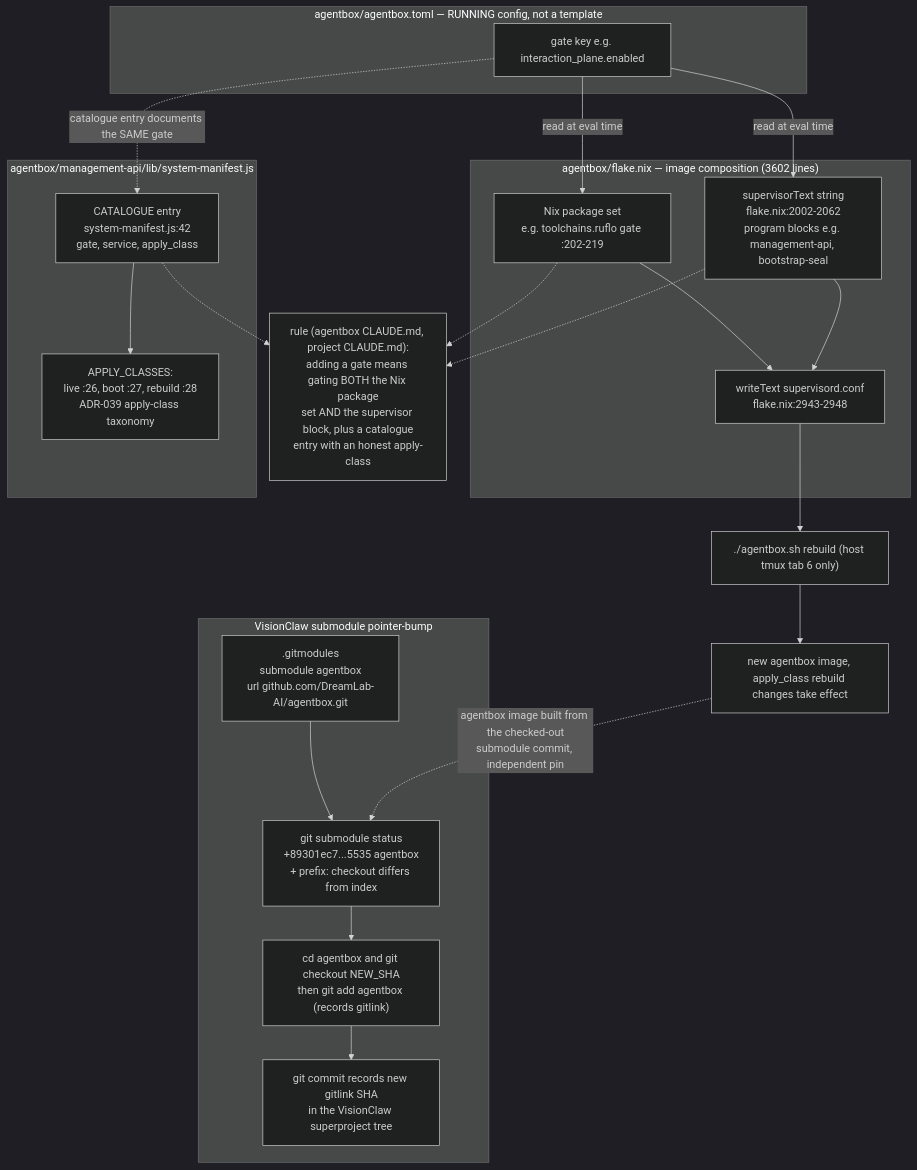
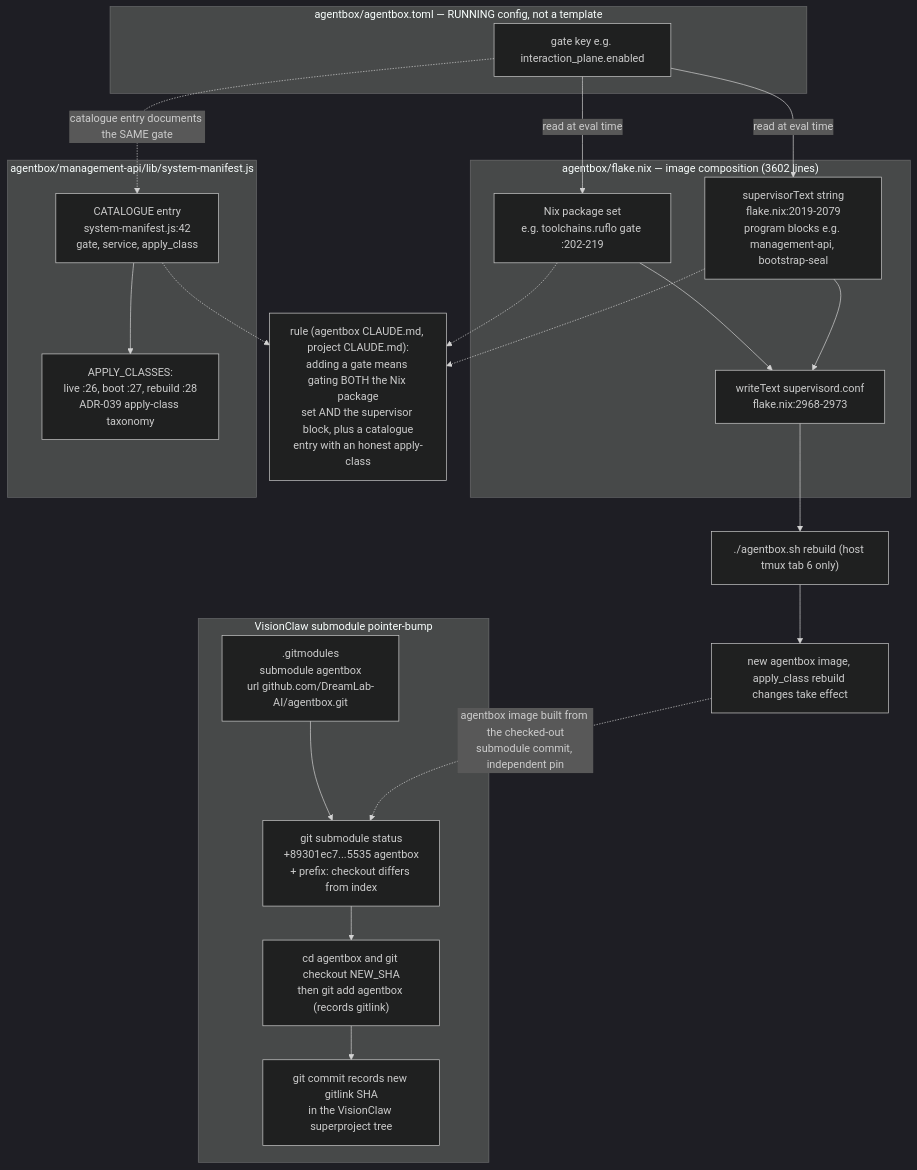
The tenth of 19 diagrams in docs/diagrams/estate/09-build-deploy-and-ci-estate.md (DreamLab-AI/AR-AI-Knowledge-Graph), drawn with Mermaid (dark theme) before and after one commit. The commit also changed other lines of this file and 73 other files, not shown here.

First line of the commit message:
docs(diagrams): re-verify all 71 topic files against HEAD; add --cite-check

````diff
--- a/docs/diagrams/estate/09-build-deploy-and-ci-estate.md
+++ b/docs/diagrams/estate/09-build-deploy-and-ci-estate.md
@@ -343,42 +343,42 @@
 ```mermaid
 flowchart TB
     subgraph FLAKE["agentbox/flake.nix — image composition (3602 lines)"]
         NIXPKG["Nix package set<br/>e.g. toolchains.ruflo gate :202-219"]
-        SUPTEXT["supervisorText string<br/>flake.nix:2002-2062<br/>program blocks e.g. management-api, bootstrap-seal"]
-        SUPWRITE["writeText supervisord.conf<br/>flake.nix:2943-2948"]
+        SUPTEXT["supervisorText string<br/>flake.nix:2019-2079<br/>program blocks e.g. management-api, bootstrap-seal"]
+        SUPWRITE["writeText supervisord.conf<br/>flake.nix:2968-2973"]
     end
     subgraph TOML["agentbox/agentbox.toml — RUNNING config, not a template"]
         GATEKEY["gate key e.g. interaction_plane.enabled"]
     end
     subgraph MANIFEST["agentbox/management-api/lib/system-manifest.js"]
         CATALOGUE["CATALOGUE entry<br/>system-manifest.js:42<br/>gate, service, apply_class"]
         APPLYCLASS["APPLY_CLASSES:<br/>live :26, boot :27, rebuild :28<br/>ADR-039 apply-class taxonomy"]
     end
 
     GATEKEY -->|"read at eval time"| NIXPKG
     GATEKEY -->|"read at eval time"| SUPTEXT
     NIXPKG --> SUPWRITE
     SUPTEXT --> SUPWRITE
     GATEKEY -.->|"catalogue entry documents the SAME gate"| CATALOGUE
     CATALOGUE --> APPLYCLASS
 
     RULE["rule (agentbox CLAUDE.md, project CLAUDE.md):<br/>adding a gate means gating BOTH the Nix package<br/>set AND the supervisor block, plus a catalogue<br/>entry with an honest apply-class"]
     NIXPKG -.-> RULE
     SUPTEXT -.-> RULE
     CATALOGUE -.-> RULE
 
     REBUILD["./agentbox.sh rebuild (host tmux tab 6 only)"]
     SUPWRITE --> REBUILD
     REBUILD --> IMAGE["new agentbox image, apply_class rebuild changes take effect"]
 
     subgraph SUBMOD["VisionClaw submodule pointer-bump"]
         GITMODULES[".gitmodules<br/>submodule agentbox<br/>url github.com/DreamLab-AI/agentbox.git"]
         SUBSTATUS["git submodule status<br/>+89301ec7...5535 agentbox<br/>+ prefix: checkout differs from index"]
         SUBUPDATE["cd agentbox and git checkout NEW_SHA<br/>then git add agentbox (records gitlink)"]
         SUBCOMMIT["git commit records new gitlink SHA<br/>in the VisionClaw superproject tree"]
     end
     GITMODULES --> SUBSTATUS
     SUBSTATUS --> SUBUPDATE
     SUBUPDATE --> SUBCOMMIT
     IMAGE -.->|"agentbox image built from the checked-out<br/>submodule commit, independent pin"| SUBSTATUS
 ```
````
